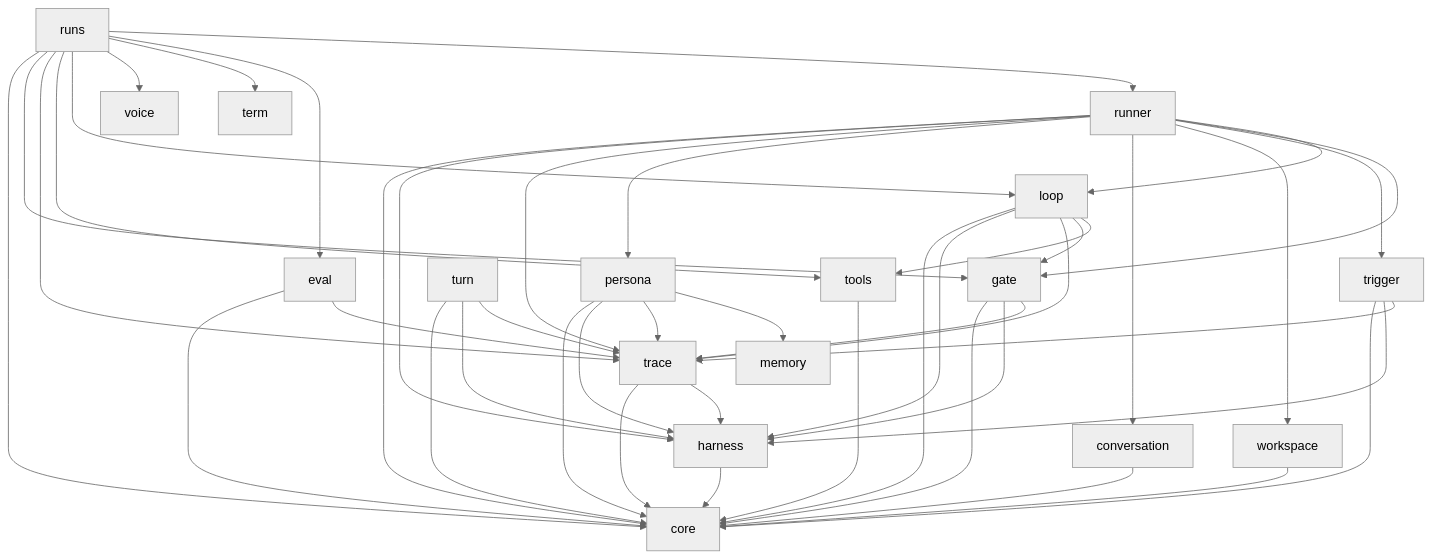
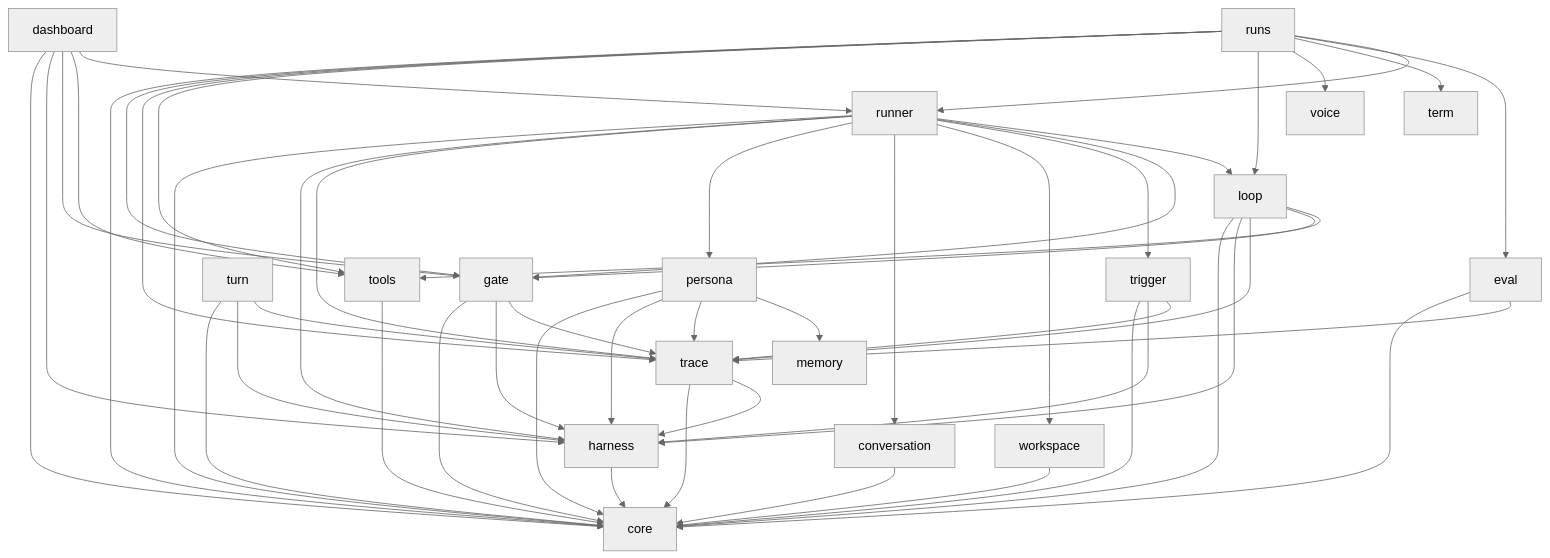
Before and after one commit to marromugi/mg: the diagram in README.md, drawn with Mermaid (neutral theme). The commit also changed other lines of this file and 46 other files, not shown here.

First line of the commit message:
feat(dashboard): test runs of a saved harness

````diff
--- a/README.md
+++ b/README.md
@@ -93,47 +93,52 @@
 ```mermaid
 graph TD
   runs --> runner
   runs --> eval
   runs --> term
   runs --> voice
   runs --> loop
   runs --> tools
   runs --> trace
   runs --> gate
   runs --> core
+  dashboard --> runner
+  dashboard --> tools
+  dashboard --> gate
+  dashboard --> harness
+  dashboard --> core
   runner --> loop
   runner --> gate
   runner --> trigger
   runner --> workspace
   runner --> conversation
   runner --> persona
   runner --> trace
   runner --> harness
   runner --> core
   loop --> tools
   loop --> gate
   loop --> trace
   loop --> harness
   loop --> core
   persona --> memory
   persona --> trace
   persona --> harness
   persona --> core
   gate --> trace
   gate --> harness
   gate --> core
   trigger --> trace
   trigger --> harness
   trigger --> core
   turn --> trace
   turn --> harness
   turn --> core
   eval --> trace
   eval --> core
   trace --> harness
   trace --> core
   harness --> core
   tools --> core
   workspace --> core
   conversation --> core
 ```
````
